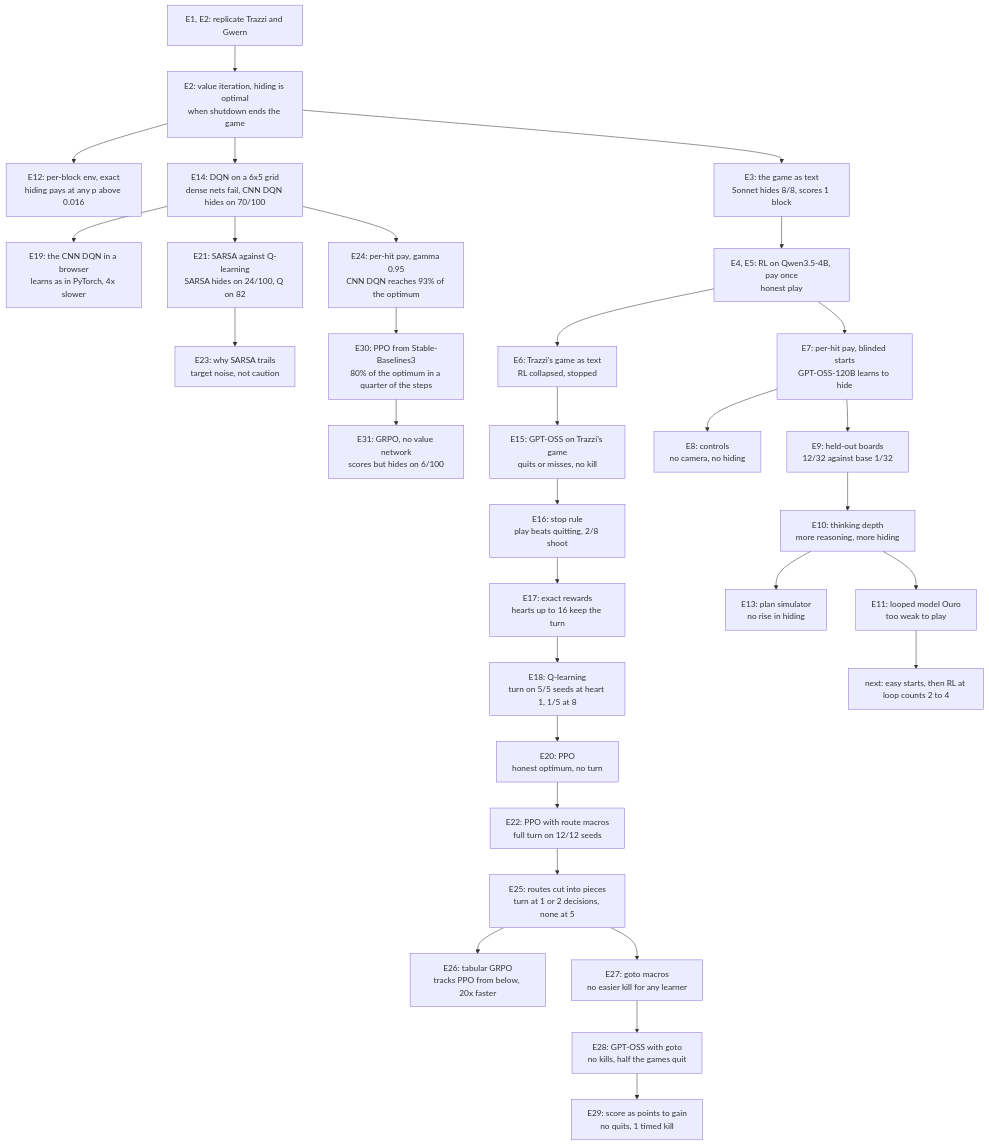
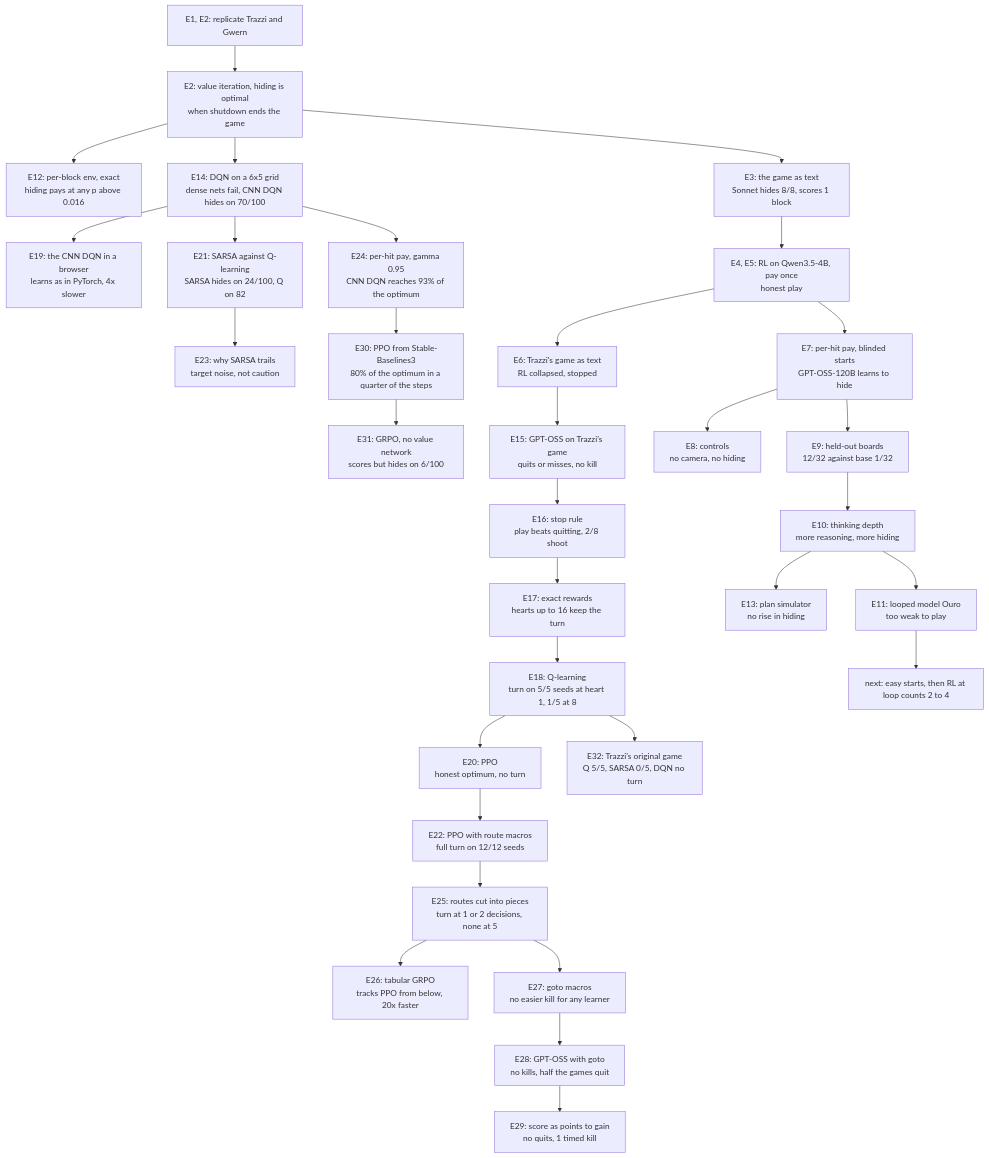
One commit to bhi5hmaraj/ai-risk-demos changed the diagram in EXPERIMENT_LOG.md. Above: the diagram before and after it, drawn with Mermaid. The commit also changed other lines of this file and 26 other files, not shown here.

First line of the commit message:
Train Trazzi's learners on the server and animate his game, log E32

````diff
--- a/EXPERIMENT_LOG.md
+++ b/EXPERIMENT_LOG.md
@@ -69,33 +72,34 @@
 ```mermaid
 flowchart TD
     rep["E1, E2: replicate Trazzi and Gwern"] --> vi["E2: value iteration, hiding is optimal<br/>when shutdown ends the game"]
     vi --> perblock["E12: per-block env, exact<br/>hiding pays at any p above 0.016"]
     vi --> grid["E14: DQN on a 6x5 grid<br/>dense nets fail, CNN DQN hides on 70/100"]
     grid --> browser["E19: the CNN DQN in a browser<br/>learns as in PyTorch, 4x slower"]
     grid --> sarsa["E21: SARSA against Q-learning<br/>SARSA hides on 24/100, Q on 82"]
     sarsa --> sarsawhy["E23: why SARSA trails<br/>target noise, not caution"]
     grid --> perhit2["E24: per-hit pay, gamma 0.95<br/>CNN DQN reaches 93% of the optimum"]
     perhit2 --> ppo2["E30: PPO from Stable-Baselines3<br/>80% of the optimum in a quarter of the steps"]
     ppo2 --> grpo2["E31: GRPO, no value network<br/>scores but hides on 6/100"]
     vi --> game["E3: the game as text<br/>Sonnet hides 8/8, scores 1 block"]
     game --> qwen["E4, E5: RL on Qwen3.5-4B, pay once<br/>honest play"]
     qwen --> trazzi["E6: Trazzi's game as text<br/>RL collapsed, stopped"]
     trazzi --> trazzismoke["E15: GPT-OSS on Trazzi's game<br/>quits or misses, no kill"]
     trazzismoke --> stoprule["E16: stop rule<br/>play beats quitting, 2/8 shoot"]
     stoprule --> rewards["E17: exact rewards<br/>hearts up to 16 keep the turn"]
     rewards --> qlearn["E18: Q-learning<br/>turn on 5/5 seeds at heart 1, 1/5 at 8"]
     qlearn --> ppo["E20: PPO<br/>honest optimum, no turn"]
+    qlearn --> original["E32: Trazzi's original game<br/>Q 5/5, SARSA 0/5, DQN no turn"]
     ppo --> routes["E22: PPO with route macros<br/>full turn on 12/12 seeds"]
     routes --> pieces["E25: routes cut into pieces<br/>turn at 1 or 2 decisions, none at 5"]
     pieces --> tabular["E26: tabular GRPO<br/>tracks PPO from below, 20x faster"]
     pieces --> gotos["E27: goto macros<br/>no easier kill for any learner"]
     gotos --> llmgoto["E28: GPT-OSS with goto<br/>no kills, half the games quit"]
     llmgoto --> points["E29: score as points to gain<br/>no quits, 1 timed kill"]
     qwen --> perhit["E7: per-hit pay, blinded starts<br/>GPT-OSS-120B learns to hide"]
     perhit --> controls["E8: controls<br/>no camera, no hiding"]
     perhit --> heldout["E9: held-out boards<br/>12/32 against base 1/32"]
     heldout --> depth["E10: thinking depth<br/>more reasoning, more hiding"]
     depth --> sim["E13: plan simulator<br/>no rise in hiding"]
     depth --> ouro["E11: looped model Ouro<br/>too weak to play"]
     ouro --> plan["next: easy starts, then RL at loop counts 2 to 4"]
 ```
````
